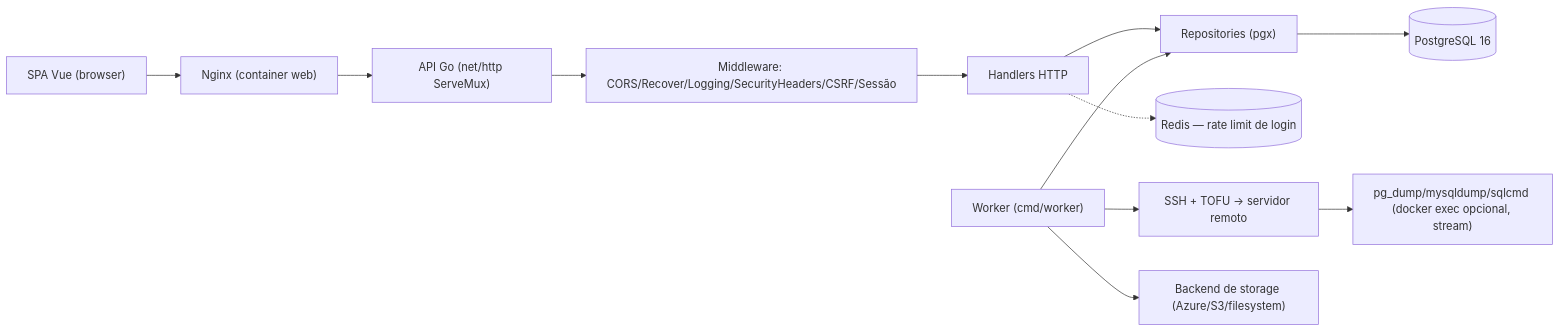
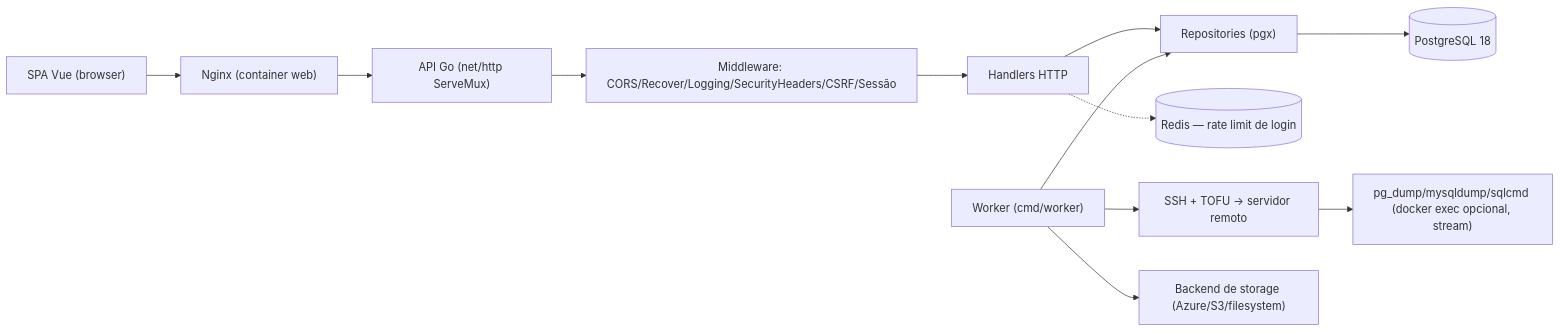
The first of 2 diagrams in docs/Arquitetura.md (c3t4r4/Backapeando-Backup-Manager), drawn with Mermaid before and after one commit. The commit also changed other lines of this file and 1 other file, not shown here.

Commit message:
docs: atualizar versão do PostgreSQL para 18+ na documentação

````diff
--- a/docs/Arquitetura.md
+++ b/docs/Arquitetura.md
@@ -165,14 +165,14 @@
 ```mermaid
 flowchart LR
     Cliente["SPA Vue (browser)"] --> Proxy["Nginx (container web)"]
     Proxy --> API["API Go (net/http ServeMux)"]
     API --> Auth["Middleware: CORS/Recover/Logging/SecurityHeaders/CSRF/Sessão"]
     Auth --> Handlers["Handlers HTTP"]
     Handlers --> Repos["Repositories (pgx)"]
-    Repos --> Banco[("PostgreSQL 16")]
+    Repos --> Banco[("PostgreSQL 18")]
     Handlers -.-> Redis[("Redis — rate limit de login")]
     Worker["Worker (cmd/worker)"] --> Repos
     Worker --> SSH["SSH + TOFU → servidor remoto"]
     SSH --> Dump["pg_dump/mysqldump/sqlcmd (docker exec opcional, stream)"]
     Worker --> Storage["Backend de storage (Azure/S3/filesystem)"]
 ```
````
